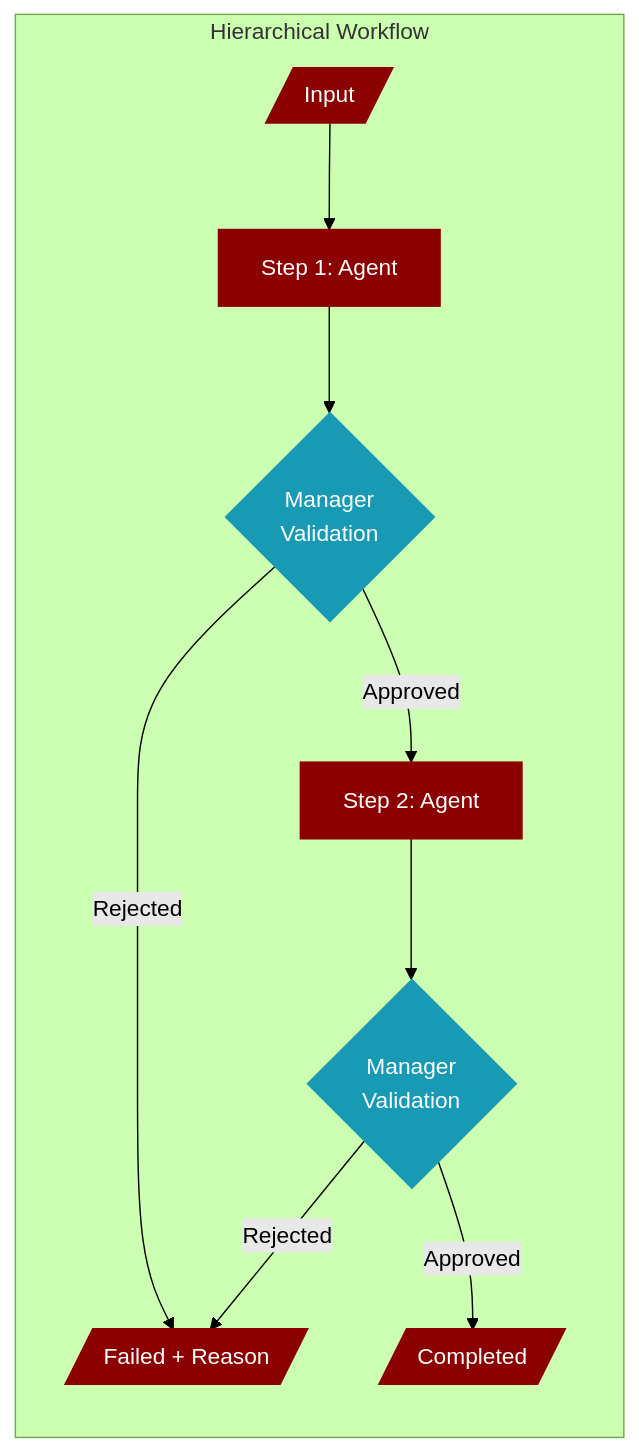
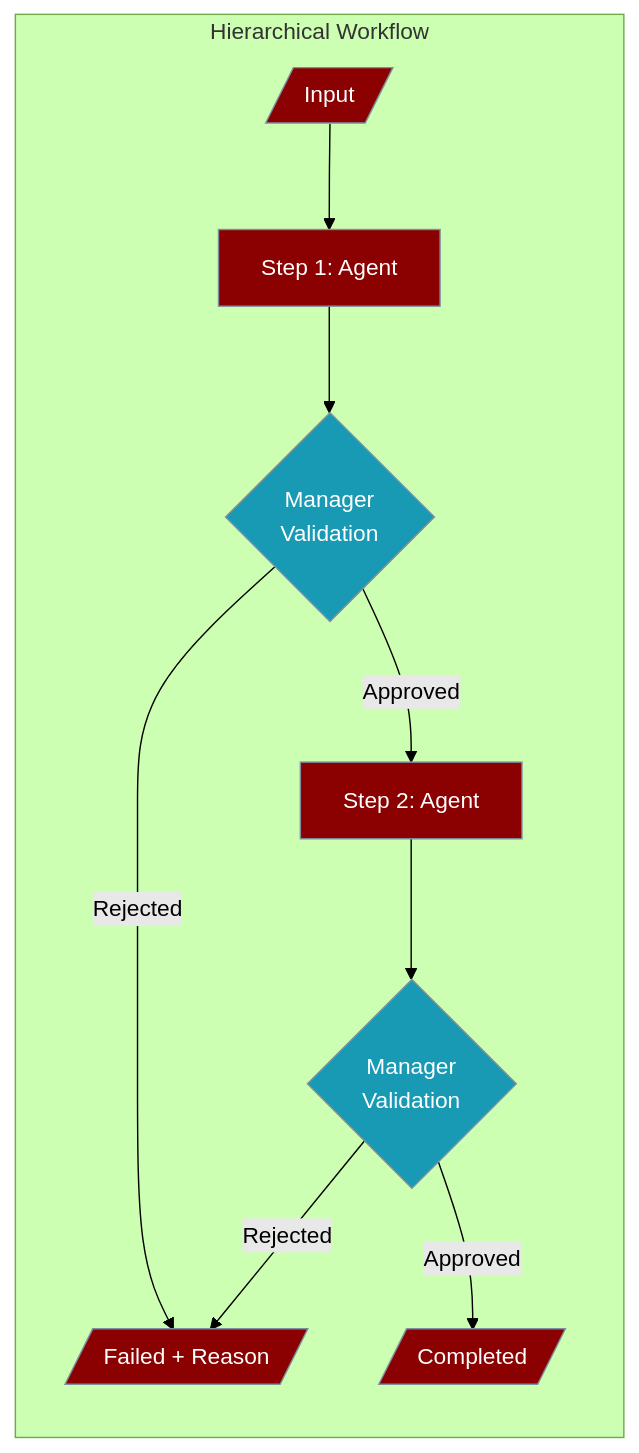
One commit to MervinPraison/PraisonAIDocs changed the third of 4 diagrams in docs/features/workflow-hierarchical.mdx. Above: the diagram before and after it, drawn with Mermaid (forest theme). The commit also changed other lines of this file and 11 other files, not shown here.

First line of the commit message:
docs: Phase 0+1 compliance fixes — frontmatter, Steps, sequenceDiagram, graph LR (fixes #1513)

````diff
--- a/docs/features/workflow-hierarchical.mdx
+++ b/docs/features/workflow-hierarchical.mdx
@@ -29,18 +74,18 @@
 ```mermaid
-flowchart TD
+graph TB
     subgraph Workflow["Hierarchical Workflow"]
         direction TB
         A[/"Input"/]:::input --> B["Step 1: Agent"]:::agent
         B --> C{"Manager\nValidation"}:::manager
         C -->|Approved| D["Step 2: Agent"]:::agent
         C -->|Rejected| E[/"Failed + Reason"/]:::output
         D --> F{"Manager\nValidation"}:::manager
         F -->|Approved| G[/"Completed"/]:::output
         F -->|Rejected| E
     end
     
-    classDef input fill:#8B0000,color:#fff,stroke:#8B0000
-    classDef output fill:#8B0000,color:#fff,stroke:#8B0000
-    classDef agent fill:#8B0000,color:#fff,stroke:#8B0000
-    classDef manager fill:#189AB4,color:#fff,stroke:#189AB4
+    classDef input fill:#8B0000,color:#fff,stroke:#7C90A0
+    classDef output fill:#8B0000,color:#fff,stroke:#7C90A0
+    classDef agent fill:#8B0000,color:#fff,stroke:#7C90A0
+    classDef manager fill:#189AB4,color:#fff,stroke:#7C90A0
 ```
````
